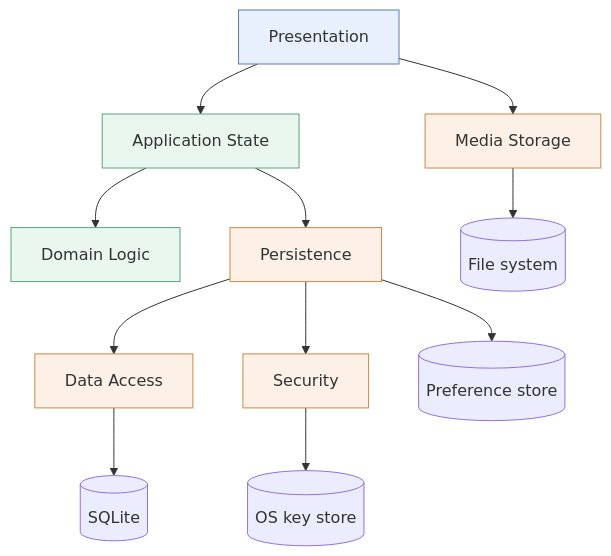
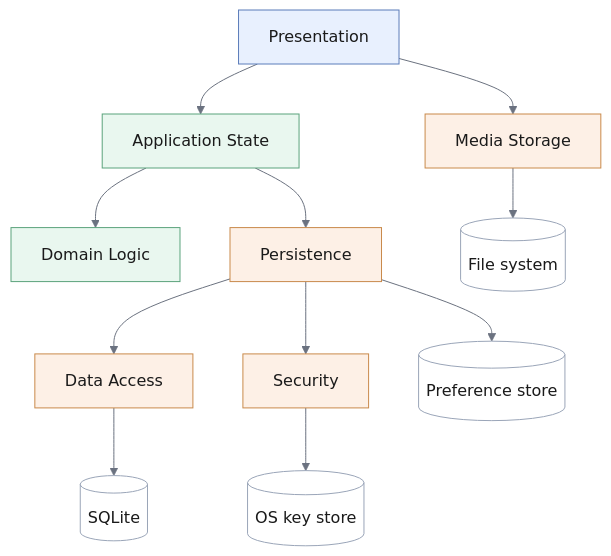
Before and after one commit to Simo-2004/TravelMate-docs: the diagram in docs/sdd/proposed-architecture/subsystem-decomposition.md, drawn with Mermaid. The commit also changed 3 other files, not shown here.

````diff
--- a/docs/sdd/proposed-architecture/subsystem-decomposition.md
+++ b/docs/sdd/proposed-architecture/subsystem-decomposition.md
@@ -19,34 +19,35 @@
 ```mermaid
+%%{init: {'theme':'base','themeVariables':{'primaryTextColor':'#1a1a1a','textColor':'#1a1a1a','titleColor':'#1a1a1a','nodeTextColor':'#1a1a1a','lineColor':'#6b7280','clusterBkg':'#f7f9fc','clusterBorder':'#9aa5b8','primaryColor':'#ffffff','primaryBorderColor':'#9aa5b8'}}}%%
 flowchart TD
     PRES["Presentation"]
     STATE["Application State"]
     LOGIC["Domain Logic"]
     PERS["Persistence"]
     DAO["Data Access"]
     SEC["Security"]
     MEDIA["Media Storage"]
 
     DB[("SQLite")]
     PREFS[("Preference store")]
     FS[("File system")]
     KS[("OS key store")]
 
     PRES --> STATE
     STATE --> LOGIC
     STATE --> PERS
     PRES --> MEDIA
     PERS --> DAO
     PERS --> SEC
     PERS --> PREFS
     DAO --> DB
     SEC --> KS
     MEDIA --> FS
 
-    style PRES fill:#e8f0fe,stroke:#5b7cba
-    style STATE fill:#e9f7ef,stroke:#5ba37c
-    style LOGIC fill:#e9f7ef,stroke:#5ba37c
-    style PERS fill:#fdf0e6,stroke:#c98a4b
-    style DAO fill:#fdf0e6,stroke:#c98a4b
-    style SEC fill:#fdf0e6,stroke:#c98a4b
-    style MEDIA fill:#fdf0e6,stroke:#c98a4b
+    style PRES fill:#e8f0fe,stroke:#5b7cba,color:#1a1a1a
+    style STATE fill:#e9f7ef,stroke:#5ba37c,color:#1a1a1a
+    style LOGIC fill:#e9f7ef,stroke:#5ba37c,color:#1a1a1a
+    style PERS fill:#fdf0e6,stroke:#c98a4b,color:#1a1a1a
+    style DAO fill:#fdf0e6,stroke:#c98a4b,color:#1a1a1a
+    style SEC fill:#fdf0e6,stroke:#c98a4b,color:#1a1a1a
+    style MEDIA fill:#fdf0e6,stroke:#c98a4b,color:#1a1a1a
 ```
````
